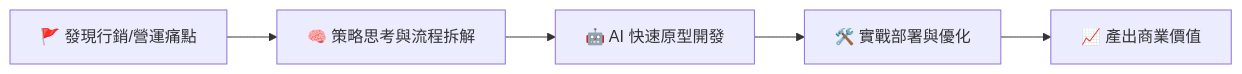
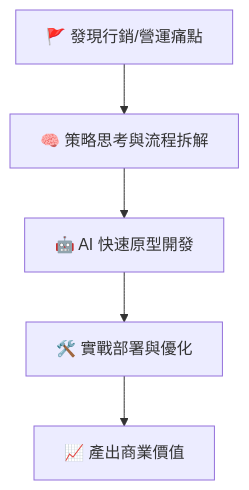
One commit to s110905/s110905 changed the diagram in README.md. Above: the diagram before and after it, drawn with Mermaid. The commit also changed other lines of this file, not shown here.

````diff
--- a/README.md
+++ b/README.md
@@ -31,7 +33,7 @@
 ```mermaid
-graph LR
+graph TD
     A["🚩 發現行銷/營運痛點"] --> B["🧠 策略思考與流程拆解"]
     B --> C["🤖 AI 快速原型開發"]
     C --> D["🛠️ 實戰部署與優化"]
     D --> E["📈 產出商業價值"]
 ```
````
